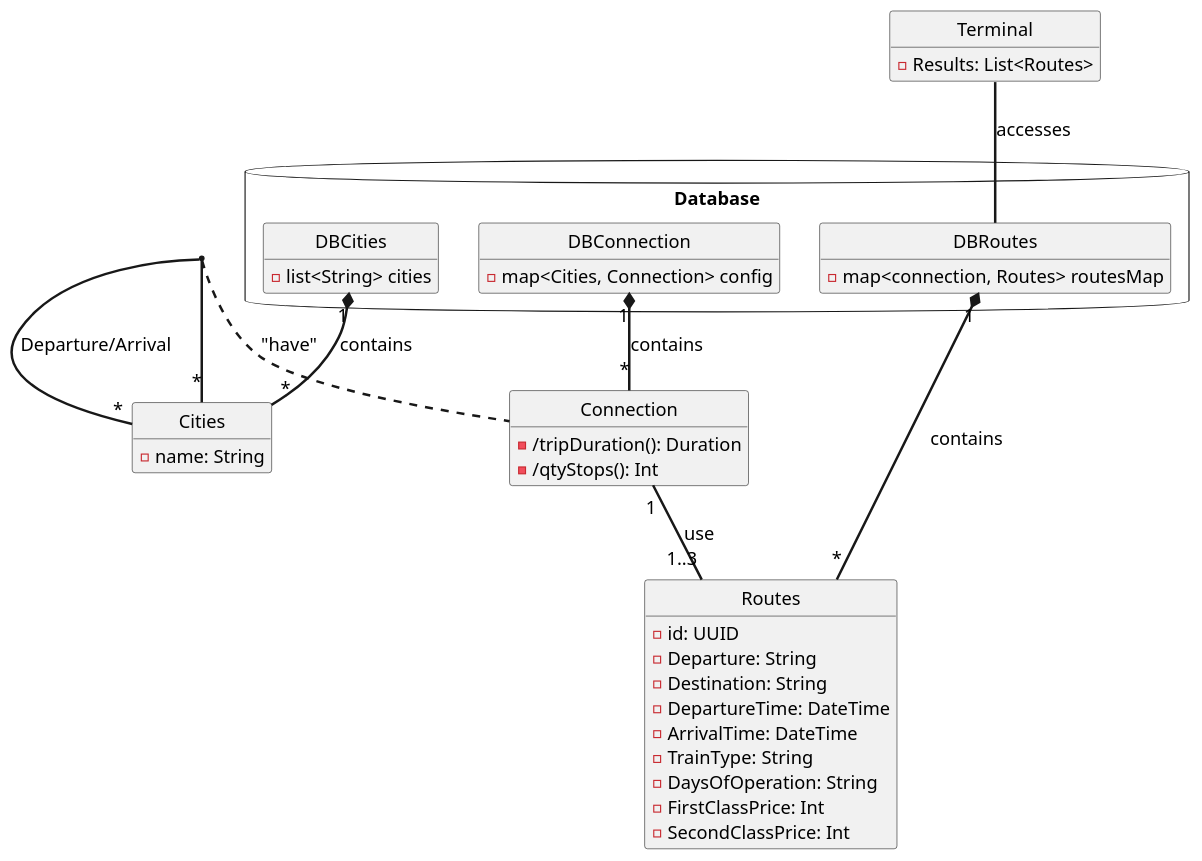
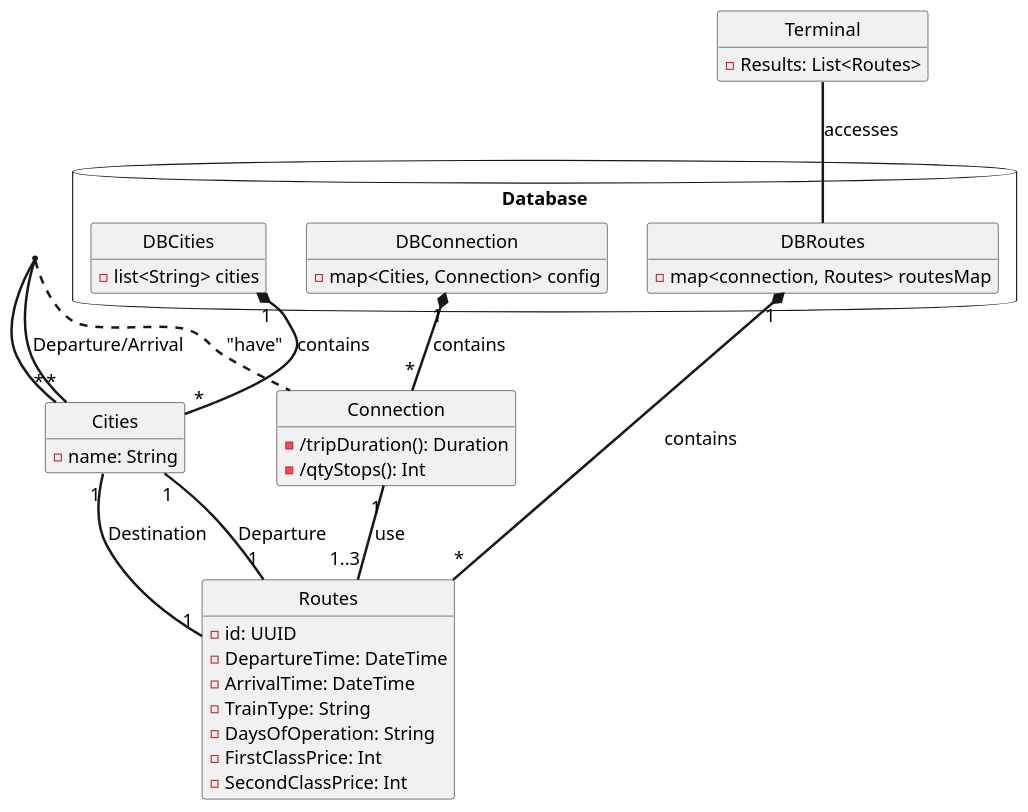
One commit to Cimpo1/SOEN342_2025 changed the diagram in docs/domain.plantuml. Above: the diagram before and after it, drawn with PlantUML. The commit also changed 1 other file, not shown here.

```diff
--- a/docs/domain.plantuml
+++ b/docs/domain.plantuml
@@ -1,72 +1,73 @@
 @startuml Domain Model
 skinparam style strictuml
 skinparam DefaultFontName Arial
 skinparam DefaultFontSize 16
 skinparam DefaultFontStyle bold
 skinparam ArrowThickness 2.2
 hide empty members
 
 class "Terminal" as terminal {
     - Results: List<Routes>
 }
 
 class "Routes" as routes {
     - id: UUID
-    - Departure: String
-    - Destination: String
     - DepartureTime: DateTime
     - ArrivalTime: DateTime
     - TrainType: String
     - DaysOfOperation: String
     - FirstClassPrice: Int
     - SecondClassPrice: Int
 }
 
 package "Database" <<Database>> {
     class "DBRoutes" as DBRoutes {
         - map<connection, Routes> routesMap
     }
     class "DBConnection" as DBConnection {
         - map<Cities, Connection> config
     }
     class "DBCities" as DBCities {
         - list<String> cities
     }
 }
 
 class "Connection" as connection {
     - /tripDuration(): Duration
     - /qtyStops(): Int
 }
 
 DBConnection "1" *-- "*" connection : "contains"
 DBCities  "1" *-- "*" cities : "contains"
 
 class "Cities" as cities {
     - name: String
 }
 
 cities "*" -- "*" cities : "Departure/Arrival"
 
 
 terminal  -- DBRoutes : "accesses"
 
 DBRoutes "1" *-- "*" routes : "contains"
 
 (cities, cities) .. connection : "have"
 
 connection "1" -- "1..3" routes : "use"
 
+cities "1" -- "1" routes : "Departure"
+cities "1" -- "1" routes : "Destination"
+
 
 
 
 
 
 
 
 
 
 
 
 
 @enduml
```
